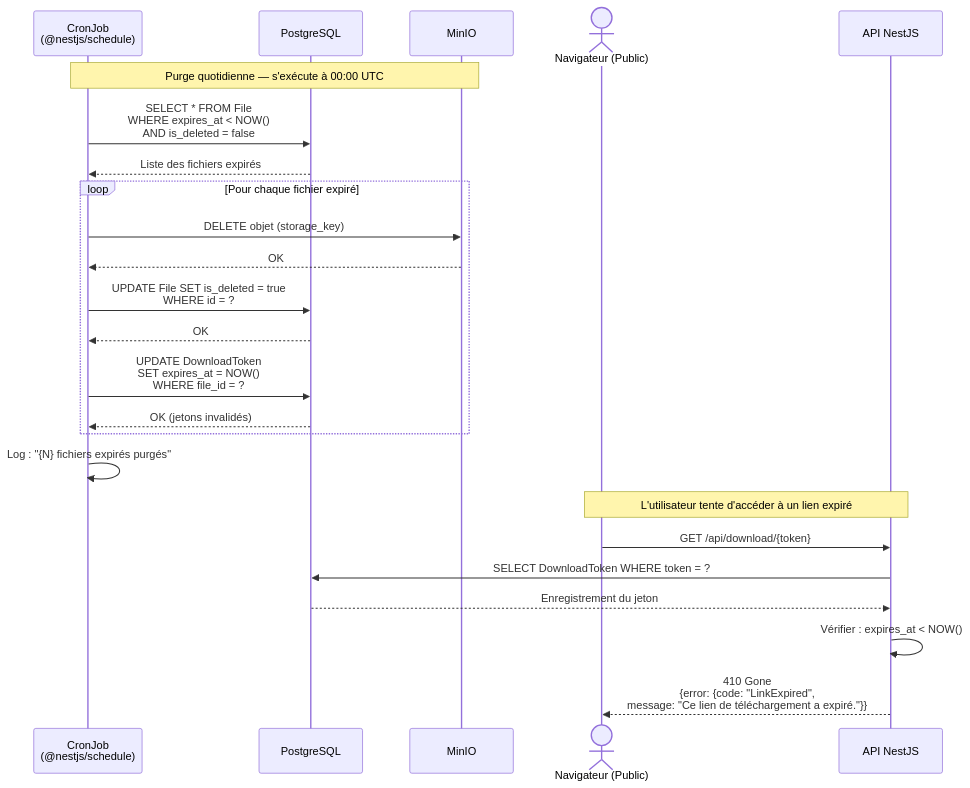
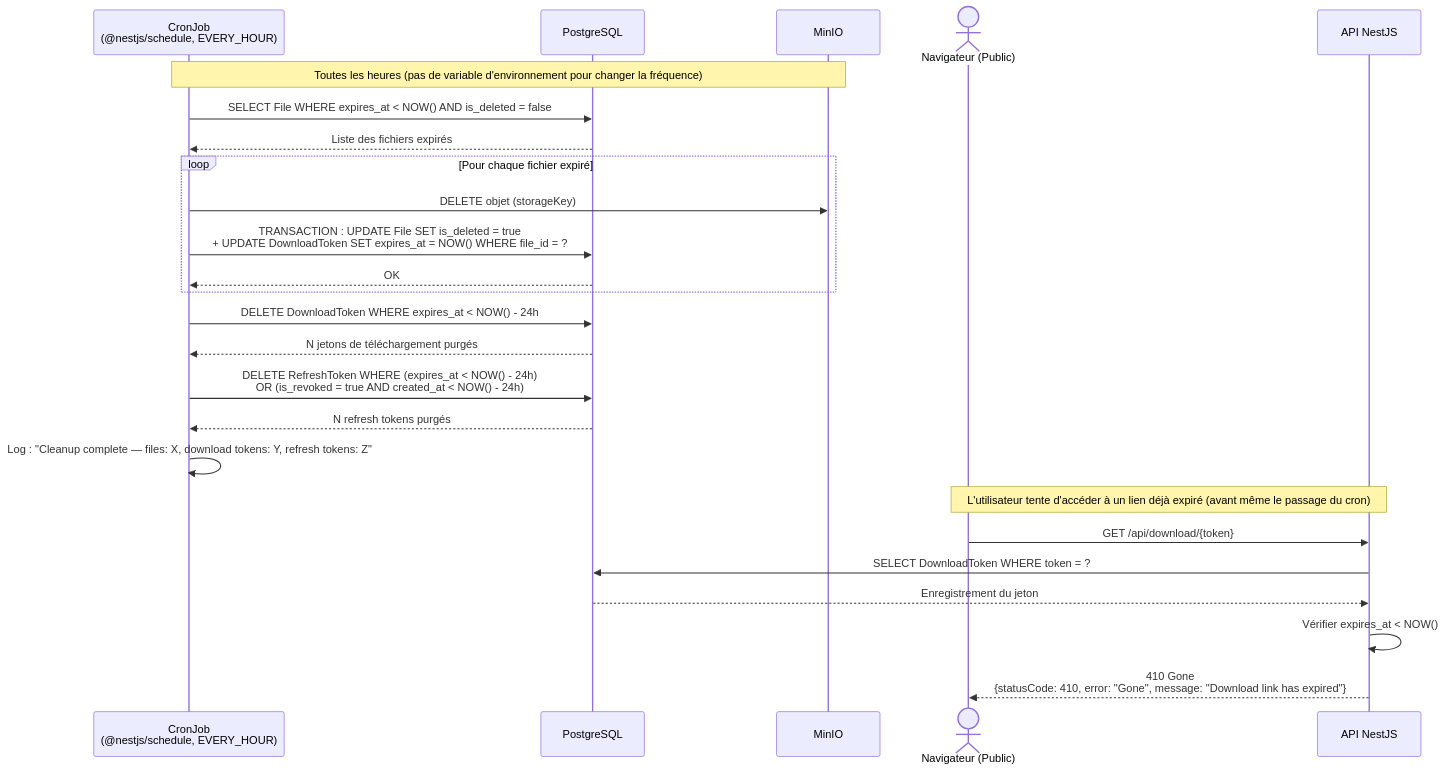
Before and after one commit to OC-Expert-DevOps/P3-OC-software-development-management: the ninth of 9 diagrams in docs/architecture/03-sequence-diagrams.md, drawn with Mermaid. The commit also changed other lines of this file and 5 other files, not shown here.

First line of the commit message:
fix(docs): align OpenAPI contract and architecture docs with real API (#55) (#56)

````diff
--- a/docs/architecture/03-sequence-diagrams.md
+++ b/docs/architecture/03-sequence-diagrams.md
@@ -260,29 +301,32 @@
 ```mermaid
 sequenceDiagram
-    participant Cron as CronJob<br/>(@nestjs/schedule)
+    participant Cron as CronJob<br/>(@nestjs/schedule, EVERY_HOUR)
     participant DB as PostgreSQL
     participant S3 as MinIO
     actor Client as Navigateur (Public)
     participant API as API NestJS
 
-    Note over Cron, S3: Purge quotidienne — s'exécute à 00:00 UTC
-    Cron->>DB: SELECT * FROM File<br/>WHERE expires_at < NOW()<br/>AND is_deleted = false
+    Note over Cron, S3: Toutes les heures (pas de variable d'environnement pour changer la fréquence)
+    Cron->>DB: SELECT File WHERE expires_at < NOW() AND is_deleted = false
     DB-->>Cron: Liste des fichiers expirés
+    loop Pour chaque fichier expiré
+        Cron->>S3: DELETE objet (storageKey)
+        Cron->>DB: TRANSACTION : UPDATE File SET is_deleted = true<br/>+ UPDATE DownloadToken SET expires_at = NOW() WHERE file_id = ?
+        DB-->>Cron: OK
+    end
 
-    loop Pour chaque fichier expiré
-        Cron->>S3: DELETE objet (storage_key)
-        S3-->>Cron: OK
-        Cron->>DB: UPDATE File SET is_deleted = true<br/>WHERE id = ?
-        DB-->>Cron: OK
-        Cron->>DB: UPDATE DownloadToken<br/>SET expires_at = NOW()<br/>WHERE file_id = ?
-        DB-->>Cron: OK (jetons invalidés)
-    end
-    Cron->>Cron: Log : "{N} fichiers expirés purgés"
+    Cron->>DB: DELETE DownloadToken WHERE expires_at < NOW() - 24h
+    DB-->>Cron: N jetons de téléchargement purgés
 
-    Note over Client, API: L'utilisateur tente d'accéder à un lien expiré
+    Cron->>DB: DELETE RefreshToken WHERE (expires_at < NOW() - 24h)<br/>OR (is_revoked = true AND created_at < NOW() - 24h)
+    DB-->>Cron: N refresh tokens purgés
+
+    Cron->>Cron: Log : "Cleanup complete — files: X, download tokens: Y, refresh tokens: Z"
+
+    Note over Client, API: L'utilisateur tente d'accéder à un lien déjà expiré (avant même le passage du cron)
     Client->>API: GET /api/download/{token}
     API->>DB: SELECT DownloadToken WHERE token = ?
     DB-->>API: Enregistrement du jeton
-    API->>API: Vérifier : expires_at < NOW()
-    API-->>Client: 410 Gone<br/>{error: {code: "LinkExpired",<br/>message: "Ce lien de téléchargement a expiré."}}
+    API->>API: Vérifier expires_at < NOW()
+    API-->>Client: 410 Gone<br/>{statusCode: 410, error: "Gone", message: "Download link has expired"}
 ```
````
